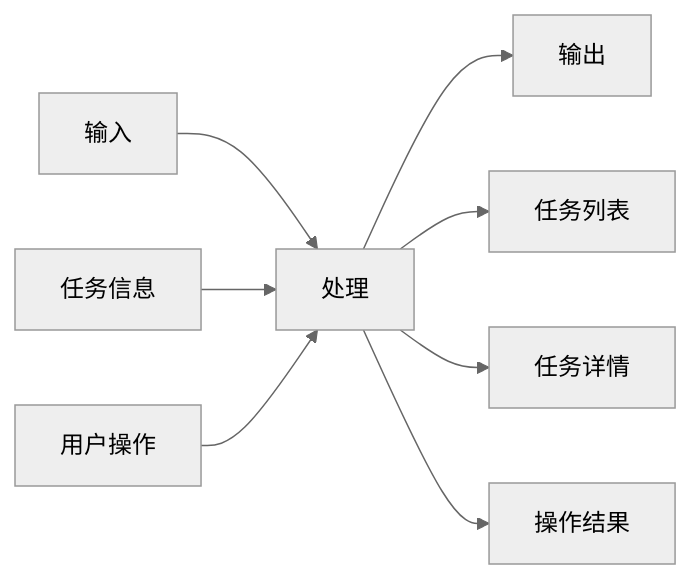
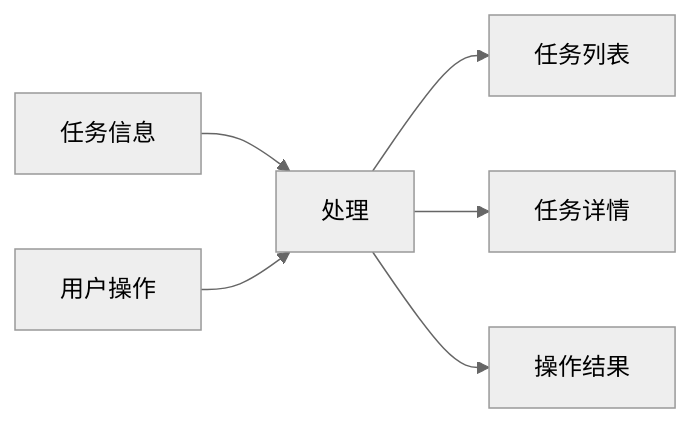
One commit to 6muitnsa/6muitnsa-TaskSchedule changed the second of 9 diagrams in docs/2-设计/详细设计/详细设计.md. Above: the diagram before and after it, drawn with Mermaid (neutral theme). The commit also changed other lines of this file and 106 other files, not shown here.

````diff
--- a/docs/2-设计/详细设计/详细设计.md
+++ b/docs/2-设计/详细设计/详细设计.md
@@ -48,12 +48,11 @@
 ```mermaid
 graph LR
-    A[输入] --> B[处理]
-    B --> C[输出]
+    B[处理]
     
     A1[任务信息] --> B
     A2[用户操作] --> B
     
     B --> C1[任务列表]
     B --> C2[任务详情]
     B --> C3[操作结果]
 ```
````
